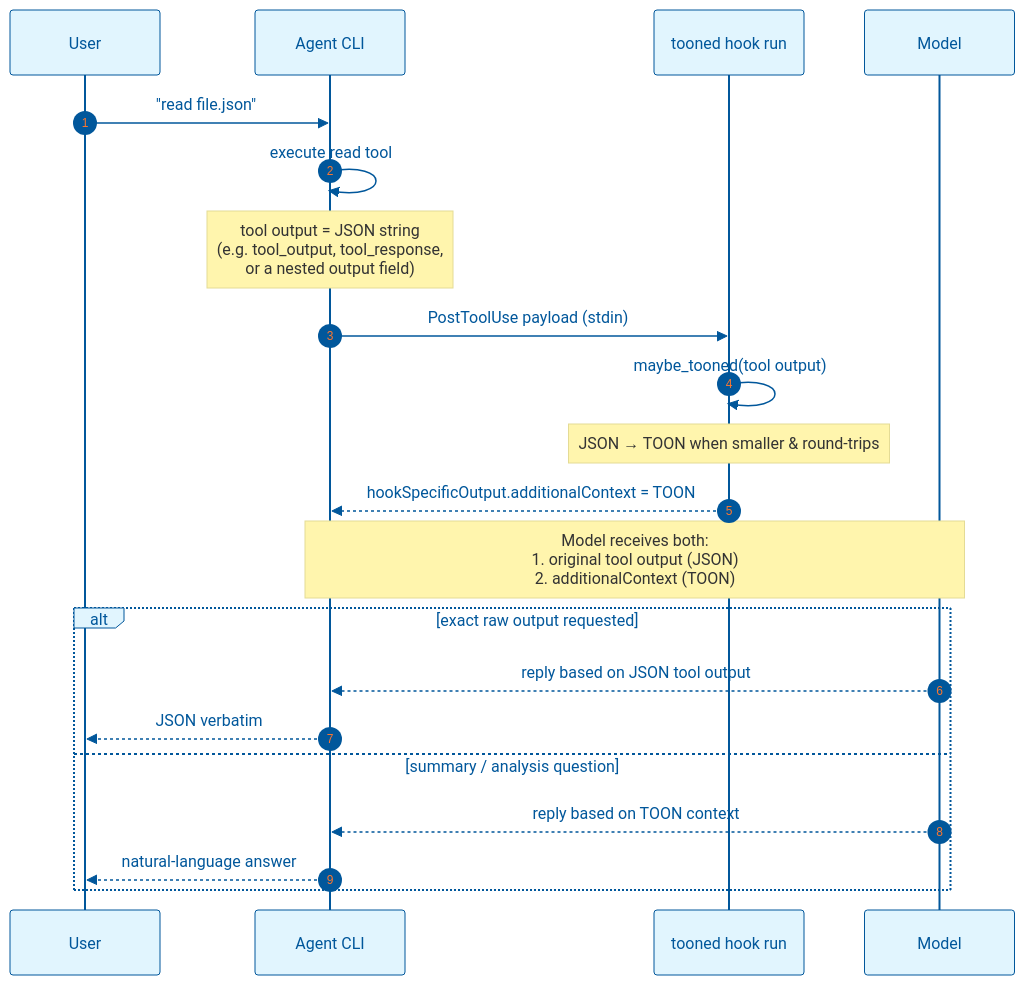
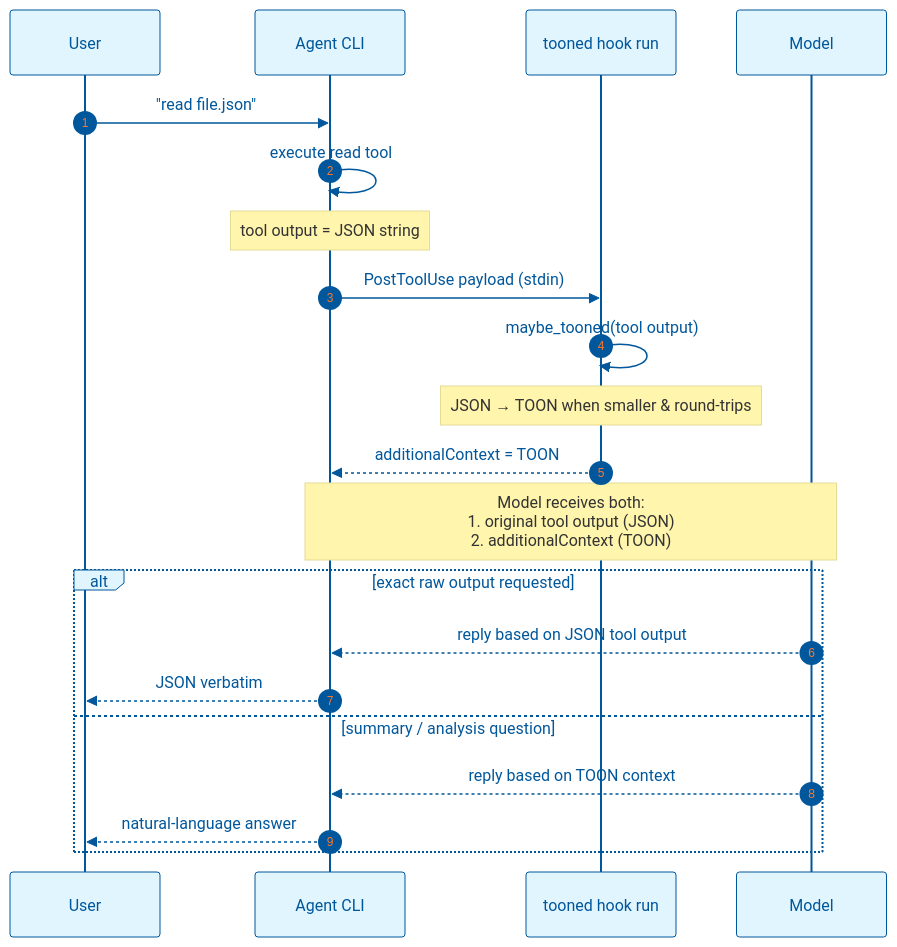
Before and after one commit to w0wl0lxd/tooned: the first of 2 diagrams in docs/agents/toon-context-proof.md, drawn with Mermaid. The commit also changed other lines of this file and 8 other files, not shown here.

````diff
--- a/docs/agents/toon-context-proof.md
+++ b/docs/agents/toon-context-proof.md
@@ -9,25 +7,25 @@
 ```mermaid
 %%{init: {'theme': 'base', 'themeVariables': { 'primaryColor': '#e1f5fe', 'primaryTextColor': '#01579b', 'primaryBorderColor': '#01579b', 'lineColor': '#0288d1', 'secondaryColor': '#fff3e0', 'tertiaryColor': '#e8f5e9'}}}%%
 sequenceDiagram
     autonumber
     participant U as User
     participant A as Agent CLI
     participant T as tooned hook run
     participant M as Model
 
     U->>A: "read file.json"
     A->>A: execute read tool
-    Note over A: tool output = JSON string<br/>(e.g. tool_output, tool_response,<br/>or a nested output field)
+    Note over A: tool output = JSON string
     A->>T: PostToolUse payload (stdin)
     T->>T: maybe_tooned(tool output)
     Note over T: JSON → TOON when smaller & round-trips
-    T-->>A: hookSpecificOutput.additionalContext = TOON
+    T-->>A: additionalContext = TOON
     Note over A,M: Model receives both:<br/>1. original tool output (JSON)<br/>2. additionalContext (TOON)
     alt exact raw output requested
         M-->>A: reply based on JSON tool output
         A-->>U: JSON verbatim
     else summary / analysis question
         M-->>A: reply based on TOON context
         A-->>U: natural-language answer
     end
 ```
````
